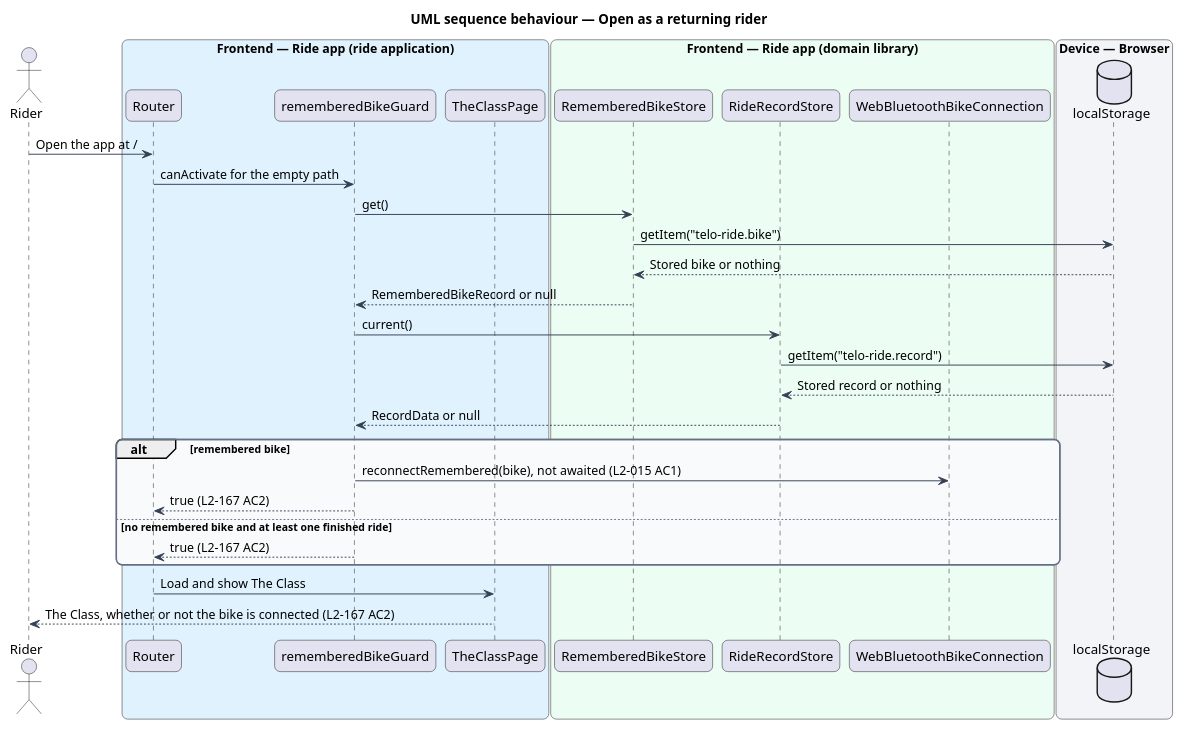
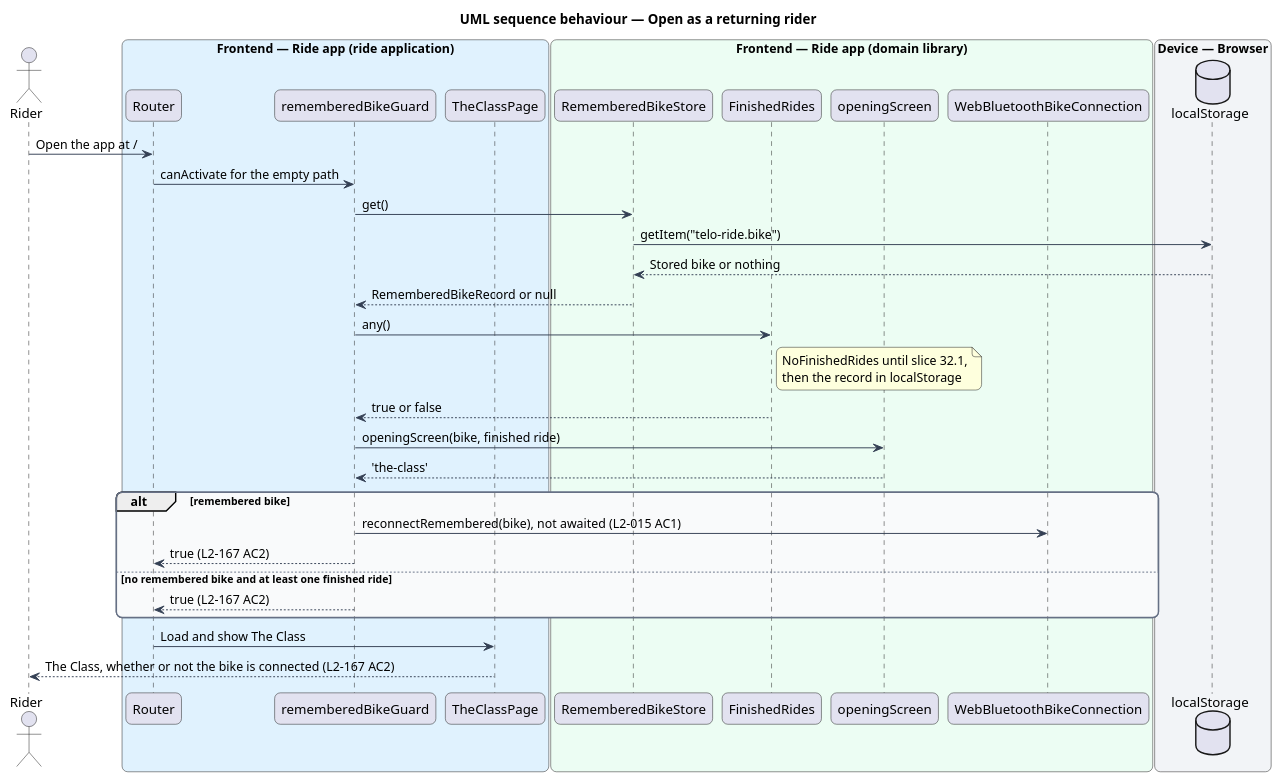
One commit to QuinntyneBrown/ride-one changed the diagram in docs/detailed-designs/the-class/open-the-app/diagrams/sequence-open-as-a-returning-rider.puml. Above: the diagram before and after it, drawn with PlantUML. The commit also changed 63 other files, not shown here.

```diff
--- a/docs/detailed-designs/the-class/open-the-app/diagrams/sequence-open-as-a-returning-rider.puml
+++ b/docs/detailed-designs/the-class/open-the-app/diagrams/sequence-open-as-a-returning-rider.puml
@@ -1,49 +1,51 @@
 @startuml
 title UML sequence behaviour — Open as a returning rider
 skinparam backgroundColor #FFFFFF
 skinparam shadowing false
 skinparam roundcorner 12
 skinparam defaultFontName Arial
 skinparam ArrowColor #344054
 skinparam rectangle {
   BorderColor #344054
   FontColor #101828
 }
 skinparam package {
   BorderColor #667085
   FontColor #101828
   BackgroundColor #F9FAFB
 }
 actor "Rider" as rider
 box "Frontend — Ride app (ride application)" #E0F2FE
   participant "Router" as router
   participant "rememberedBikeGuard" as guard
   participant "TheClassPage" as page
 end box
 box "Frontend — Ride app (domain library)" #ECFDF3
   participant "RememberedBikeStore" as bikes
-  participant "RideRecordStore" as record
+  participant "FinishedRides" as record
+  participant "openingScreen" as rule
   participant "WebBluetoothBikeConnection" as connection
 end box
 box "Device — Browser" #F2F4F7
   database "localStorage" as storage
 end box
 rider -> router : Open the app at /
 router -> guard : canActivate for the empty path
 guard -> bikes : get()
 bikes -> storage : getItem("telo-ride.bike")
 storage --> bikes : Stored bike or nothing
 bikes --> guard : RememberedBikeRecord or null
-guard -> record : current()
-record -> storage : getItem("telo-ride.record")
-storage --> record : Stored record or nothing
-record --> guard : RecordData or null
+guard -> record : any()
+note right of record : NoFinishedRides until slice 32.1,\nthen the record in localStorage
+record --> guard : true or false
+guard -> rule : openingScreen(bike, finished ride)
+rule --> guard : 'the-class'
 alt remembered bike
   guard -> connection : reconnectRemembered(bike), not awaited (L2-015 AC1)
   guard --> router : true (L2-167 AC2)
 else no remembered bike and at least one finished ride
   guard --> router : true (L2-167 AC2)
 end
 router -> page : Load and show The Class
 page --> rider : The Class, whether or not the bike is connected (L2-167 AC2)
 @enduml
```
